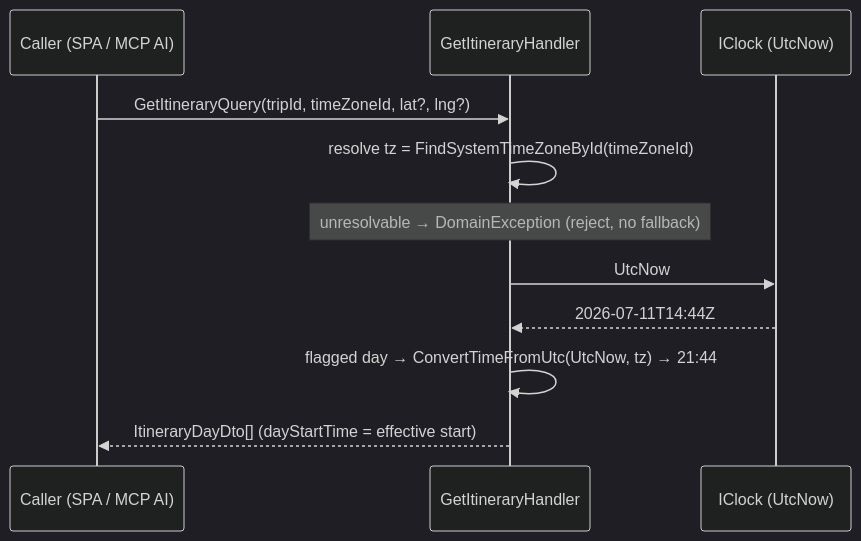
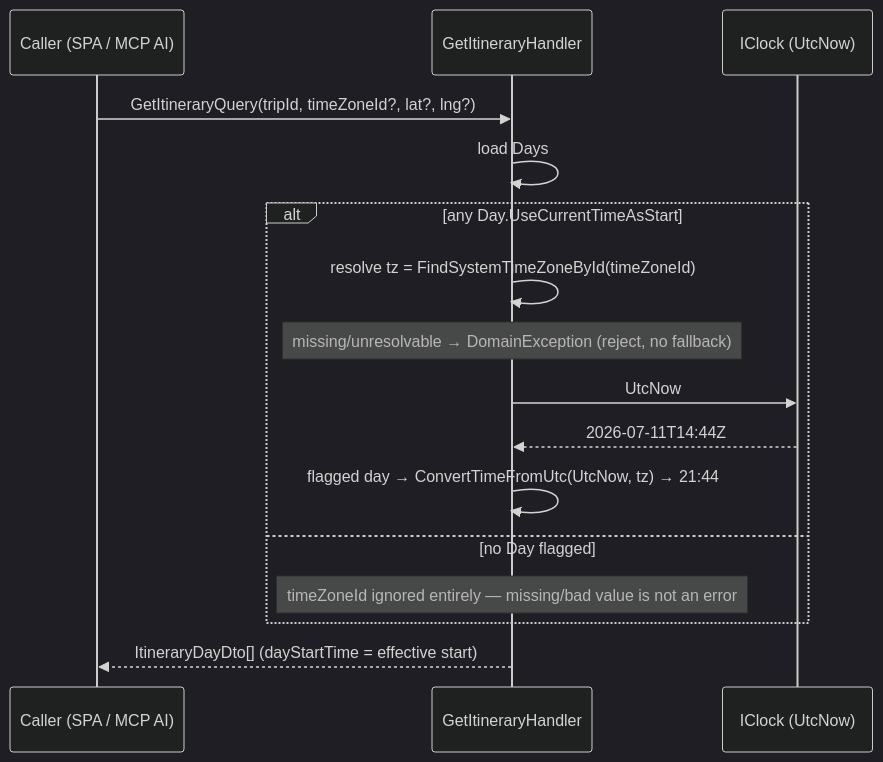
One commit to ThodsaphonSonthiphin/MenuNest changed the second of 2 diagrams in docs/superpowers/specs/2026-07-11-current-time-start-timezone-fix-design.md. Above: the diagram before and after it, drawn with Mermaid (dark theme). The commit also changed other lines of this file and 6 other files, not shown here.

First line of the commit message:
fix(trips): require the itinerary time zone only when a current-time day is present (#30)

````diff
--- a/docs/superpowers/specs/2026-07-11-current-time-start-timezone-fix-design.md
+++ b/docs/superpowers/specs/2026-07-11-current-time-start-timezone-fix-design.md
@@ -50,13 +55,18 @@
 ```mermaid
 sequenceDiagram
     participant C as Caller (SPA / MCP AI)
     participant H as GetItineraryHandler
     participant K as IClock (UtcNow)
-    C->>H: GetItineraryQuery(tripId, timeZoneId, lat?, lng?)
-    H->>H: resolve tz = FindSystemTimeZoneById(timeZoneId)
-    Note over H: unresolvable → DomainException (reject, no fallback)
-    H->>K: UtcNow
-    K-->>H: 2026-07-11T14:44Z
-    H->>H: flagged day → ConvertTimeFromUtc(UtcNow, tz) → 21:44
+    C->>H: GetItineraryQuery(tripId, timeZoneId?, lat?, lng?)
+    H->>H: load Days
+    alt any Day.UseCurrentTimeAsStart
+        H->>H: resolve tz = FindSystemTimeZoneById(timeZoneId)
+        Note over H: missing/unresolvable → DomainException (reject, no fallback)
+        H->>K: UtcNow
+        K-->>H: 2026-07-11T14:44Z
+        H->>H: flagged day → ConvertTimeFromUtc(UtcNow, tz) → 21:44
+    else no Day flagged
+        Note over H: timeZoneId ignored entirely — missing/bad value is not an error
+    end
     H-->>C: ItineraryDayDto[] (dayStartTime = effective start)
 ```
````
